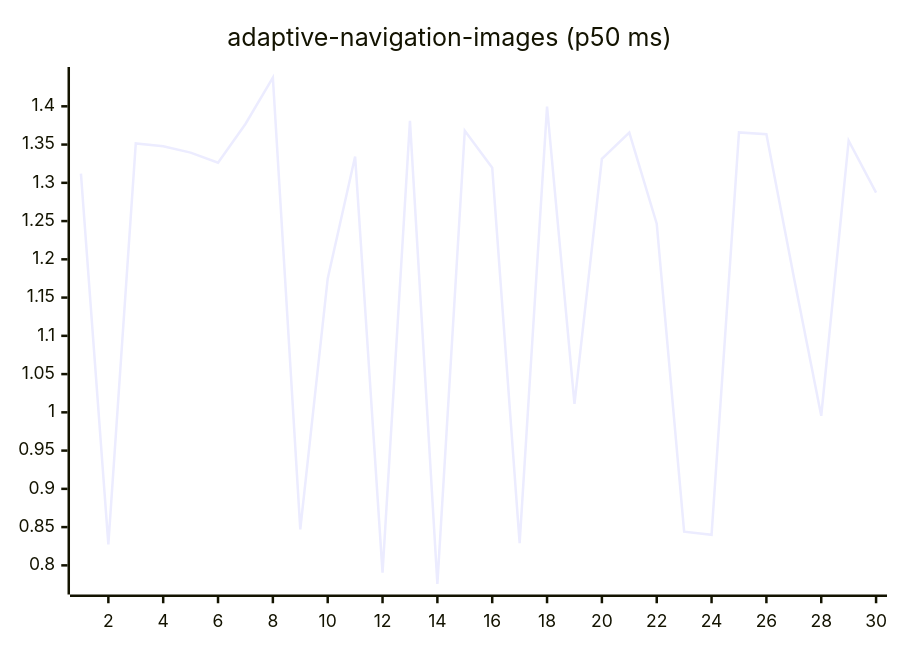
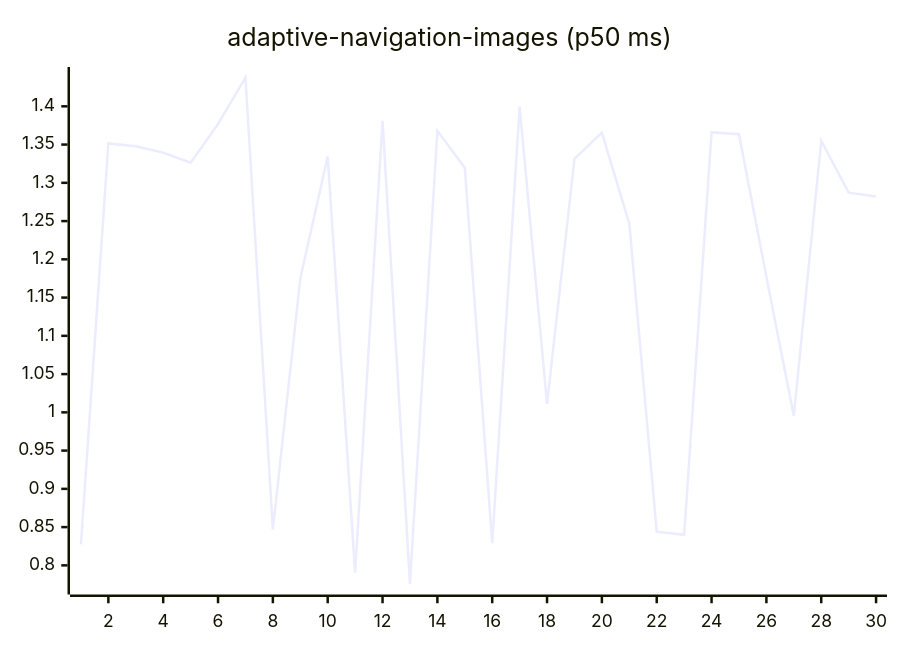
The first of 27 diagrams in README.md (josha/Facet), drawn with Mermaid before and after one commit. The commit also changed other lines of this file and 2 other files, not shown here.

````diff
--- a/README.md
+++ b/README.md
@@ -63,6 +63,6 @@
 ```mermaid
 xychart-beta
     title "adaptive-navigation-images (p50 ms)"
     x-axis 1 --> 30
-    line [1.3121, 0.8274, 1.3515, 1.3479, 1.3395, 1.3263, 1.3769, 1.4375, 0.8471, 1.1748, 1.3343, 0.7905, 1.3810, 0.7758, 1.3680, 1.3197, 0.8291, 1.3996, 1.0110, 1.3313, 1.3656, 1.2466, 0.8441, 0.8400, 1.3659, 1.3636, 1.1770, 0.9954, 1.3550, 1.2872]
+    line [0.8274, 1.3515, 1.3479, 1.3395, 1.3263, 1.3769, 1.4375, 0.8471, 1.1748, 1.3343, 0.7905, 1.3810, 0.7758, 1.3680, 1.3197, 0.8291, 1.3996, 1.0110, 1.3313, 1.3656, 1.2466, 0.8441, 0.8400, 1.3659, 1.3636, 1.1770, 0.9954, 1.3550, 1.2872, 1.2820]
 ```
````
